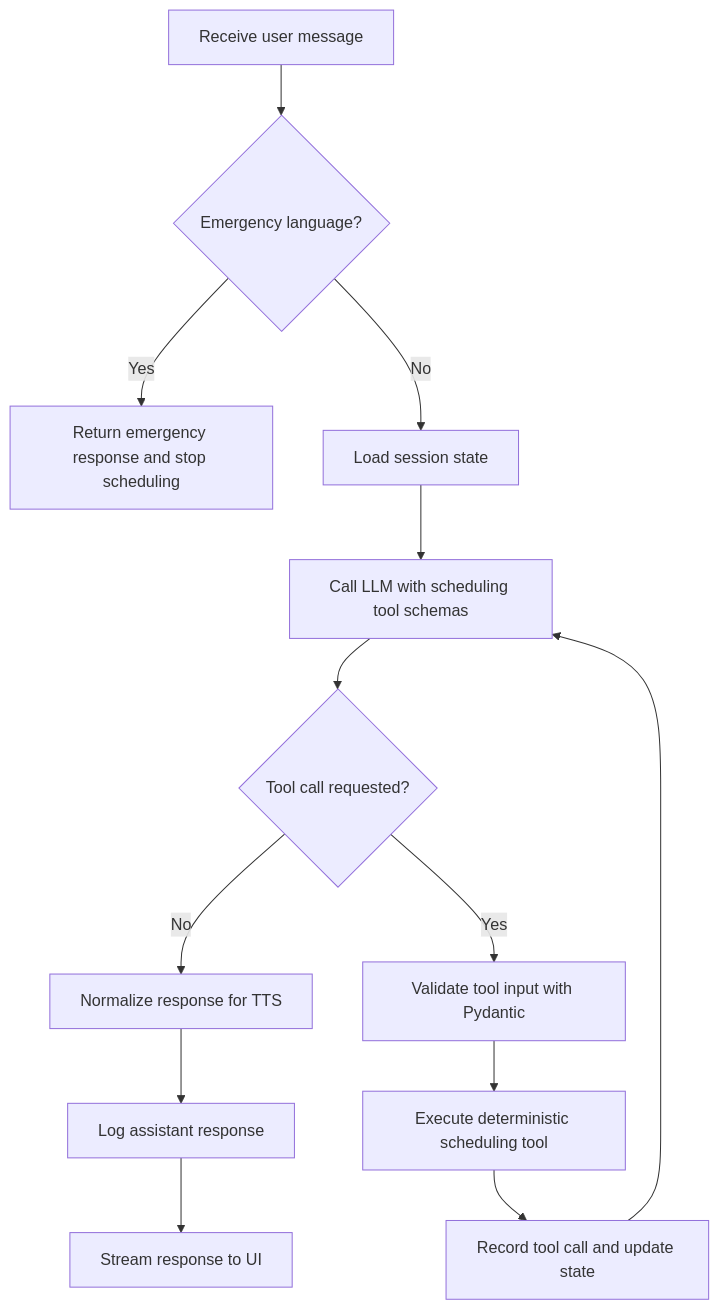
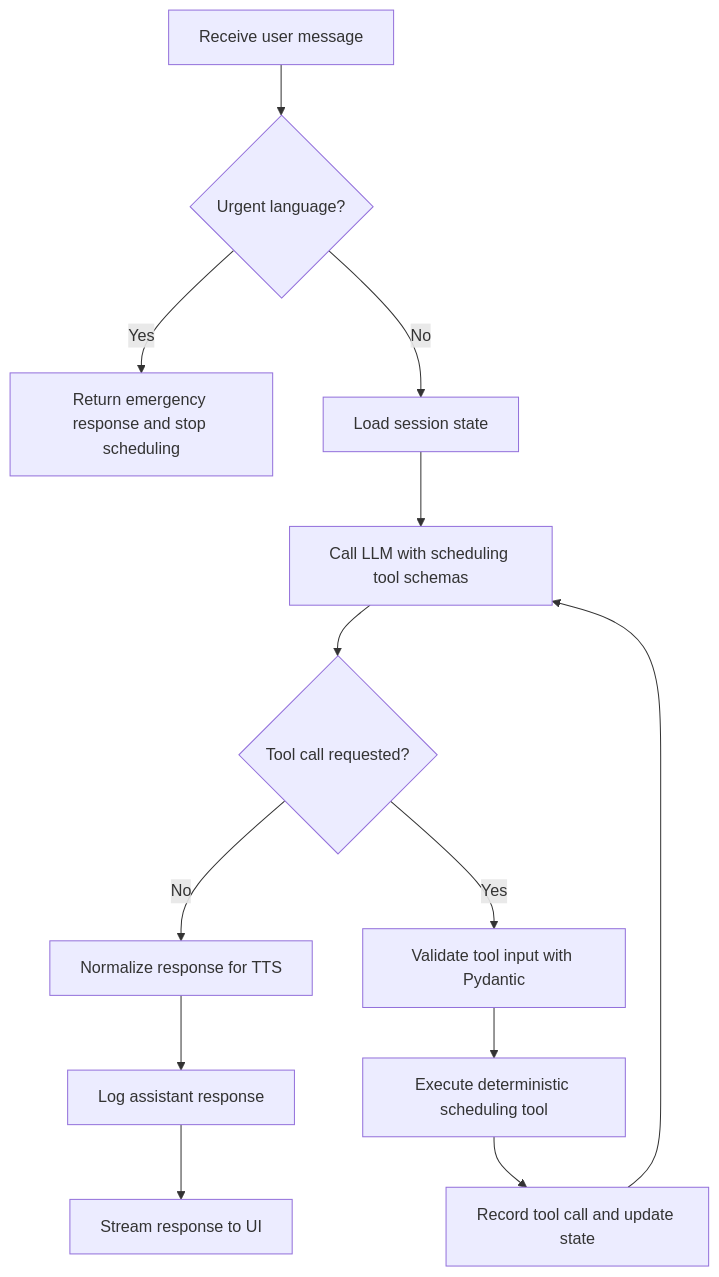
The second of 2 diagrams in README.md (amankumarhal/scheduling_agent), drawn with Mermaid before and after one commit. The commit also changed other lines of this file and 9 other files, not shown here.

````diff
--- a/README.md
+++ b/README.md
@@ -46,15 +48,15 @@
 ```mermaid
 flowchart TD
-    A[Receive user message] --> B{Emergency language?}
+    A[Receive user message] --> B{Urgent language?}
     B -->|Yes| C[Return emergency response and stop scheduling]
     B -->|No| D[Load session state]
     D --> E[Call LLM with scheduling tool schemas]
     E --> F{Tool call requested?}
     F -->|No| G[Normalize response for TTS]
     F -->|Yes| H[Validate tool input with Pydantic]
     H --> I[Execute deterministic scheduling tool]
     I --> J[Record tool call and update state]
     J --> E
     G --> K[Log assistant response]
     K --> L[Stream response to UI]
 ```
````
